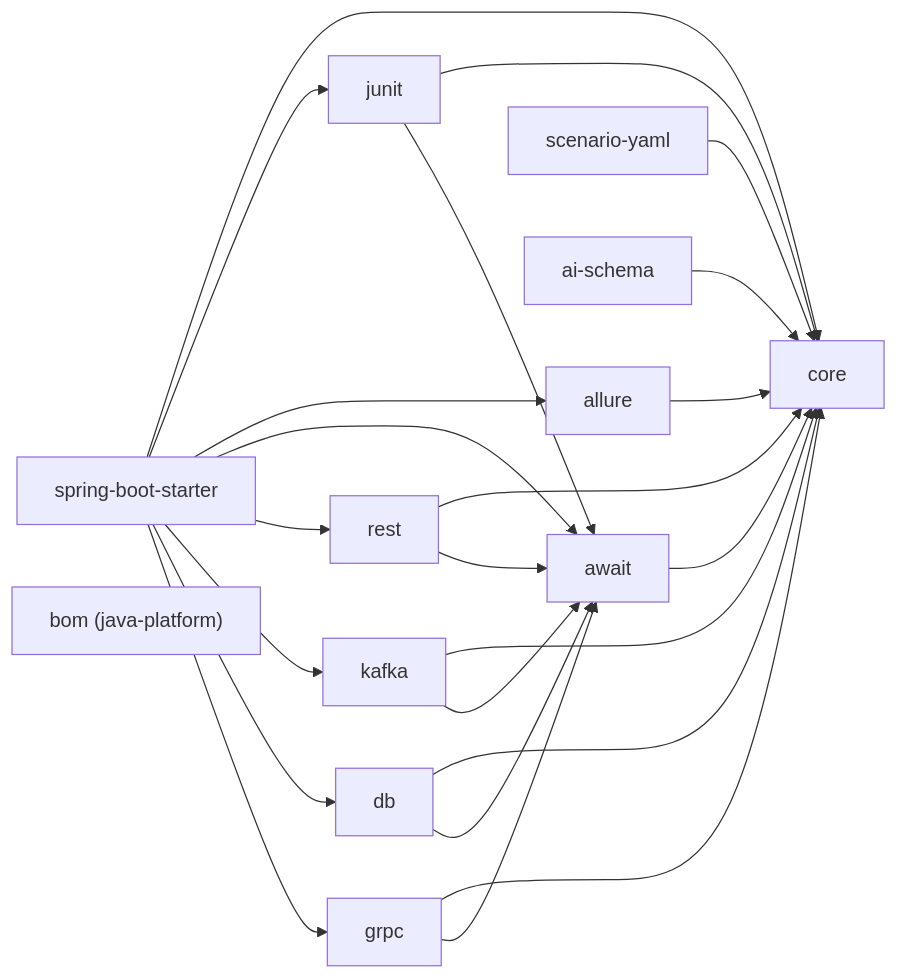
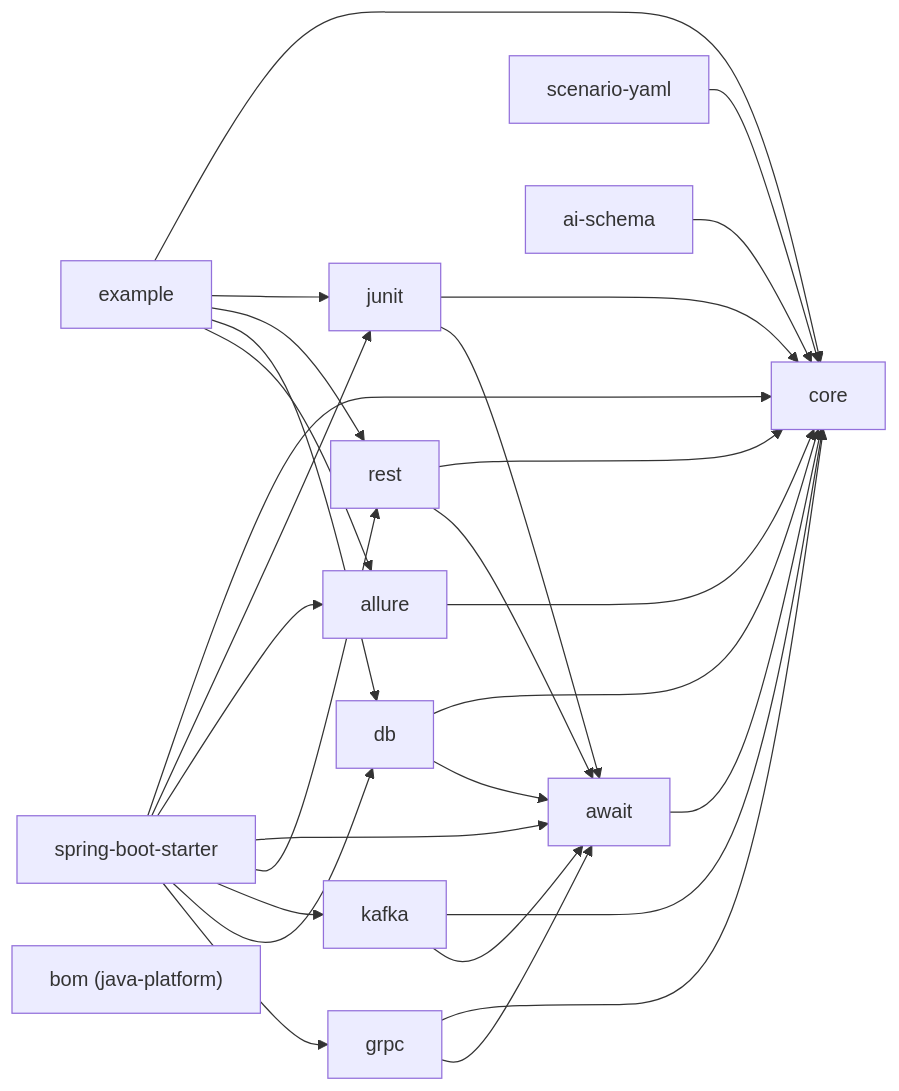
The second of 2 diagrams in docs/arch/stand-test-sdk-implementation-plan.md (0Lilhate/stand-test-framework), drawn with Mermaid before and after one commit. The commit also changed other lines of this file and 20 other files, not shown here.

First line of the commit message:
test: add stand-test-example module with offline REST/DB examples and the @StandTest path

````diff
--- a/docs/arch/stand-test-sdk-implementation-plan.md
+++ b/docs/arch/stand-test-sdk-implementation-plan.md
@@ -392,27 +408,32 @@
 ```mermaid
 flowchart LR
     await --> core
     junit --> core
     junit --> await
     rest --> core
     rest --> await
     kafka --> core
     kafka --> await
     db --> core
     db --> await
     grpc --> core
     grpc --> await
     allure --> core
+    example --> core
+    example --> junit
+    example --> rest
+    example --> db
+    example --> allure
     scenario_yaml["scenario-yaml"] --> core
     ai_schema["ai-schema"] --> core
     starter["spring-boot-starter"] --> core
     starter --> junit
     starter --> allure
     starter --> await
     starter --> rest
     starter --> kafka
     starter --> db
     starter --> grpc
 
     bom["bom (java-platform)"]
 ```
````
